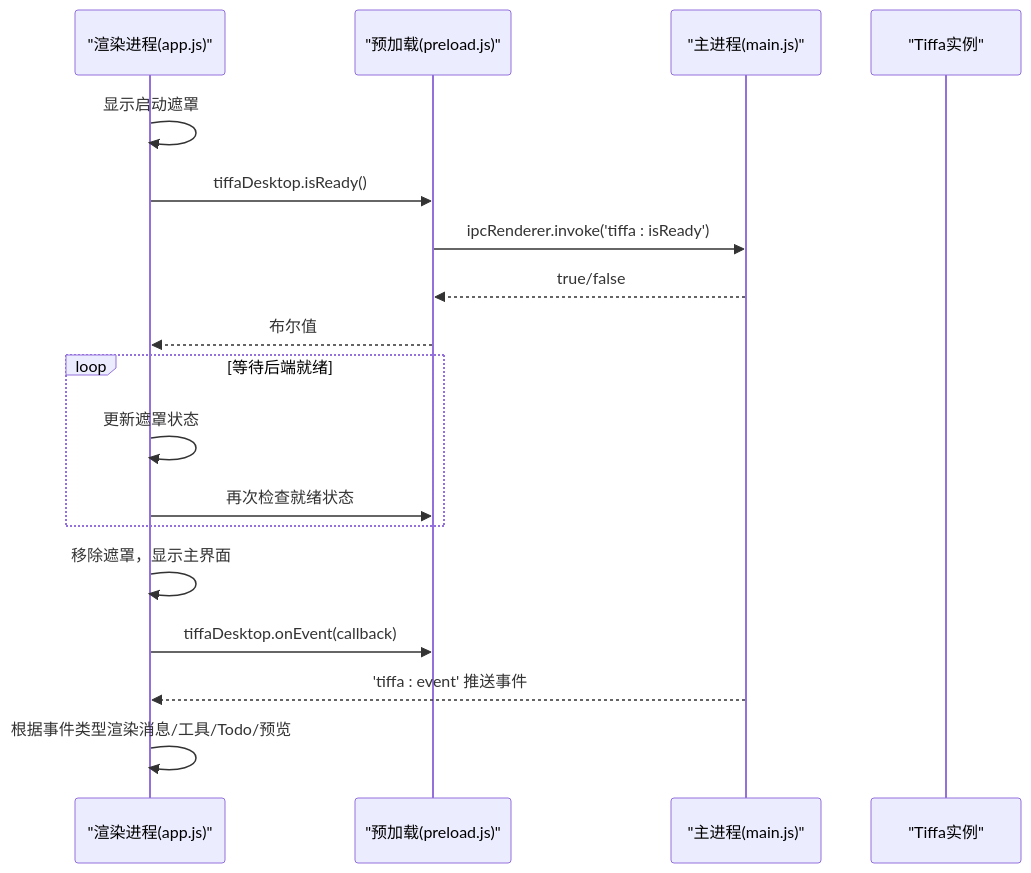
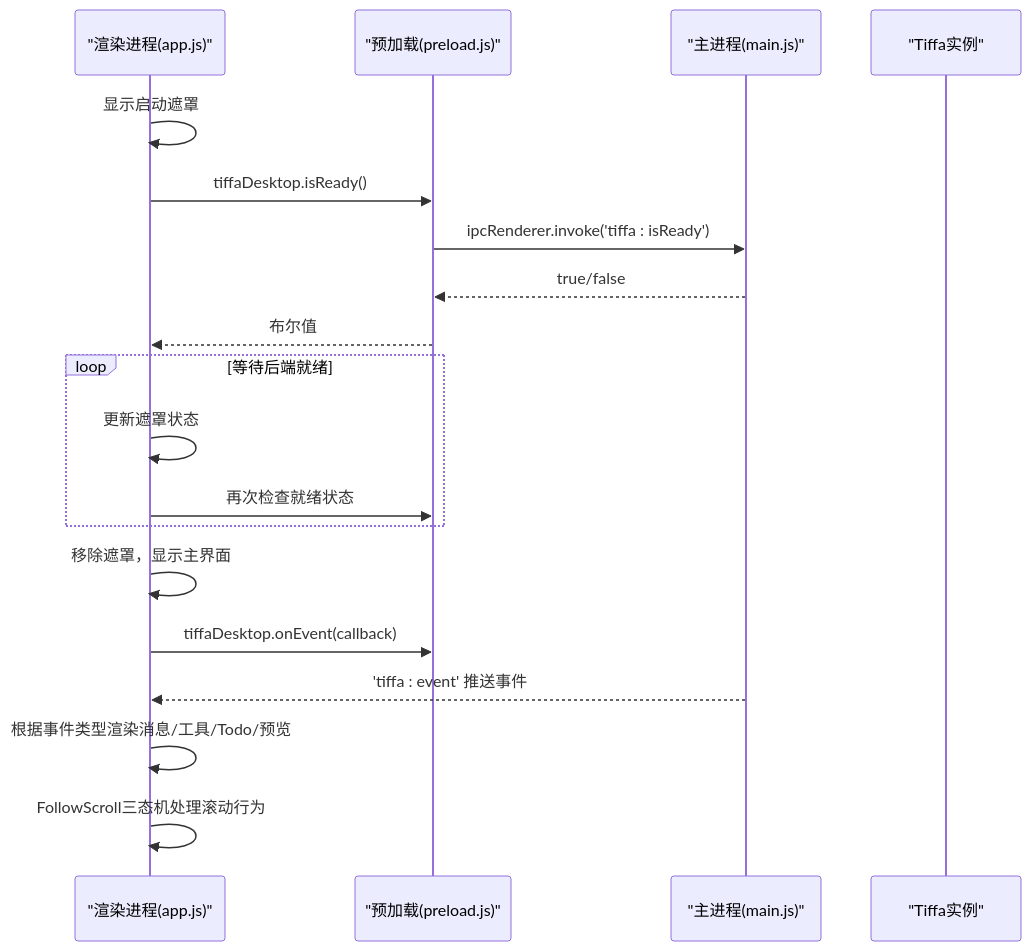
Before and after one commit to swond-Mao/Tiffa: the fifth of 10 diagrams in .qoder/repowiki/zh/content/核心架构/Electron应用架构/Electron应用架构.md, drawn with Mermaid. The commit also changed other lines of this file and 22 other files, not shown here.

````diff
--- a/.qoder/repowiki/zh/content/核心架构/Electron应用架构/Electron应用架构.md
+++ b/.qoder/repowiki/zh/content/核心架构/Electron应用架构/Electron应用架构.md
@@ -254,20 +265,21 @@
 ```mermaid
 sequenceDiagram
 participant R as "渲染进程(app.js)"
 participant P as "预加载(preload.js)"
 participant M as "主进程(main.js)"
 participant I as "Tiffa实例"
 R->>R : 显示启动遮罩
 R->>P : tiffaDesktop.isReady()
 P->>M : ipcRenderer.invoke('tiffa : isReady')
 M-->>P : true/false
 P-->>R : 布尔值
 loop 等待后端就绪
 R->>R : 更新遮罩状态
 R->>P : 再次检查就绪状态
 end
 R->>R : 移除遮罩，显示主界面
 R->>P : tiffaDesktop.onEvent(callback)
 M-->>R : 'tiffa : event' 推送事件
 R->>R : 根据事件类型渲染消息/工具/Todo/预览
+R->>R : FollowScroll三态机处理滚动行为
 ```
````
